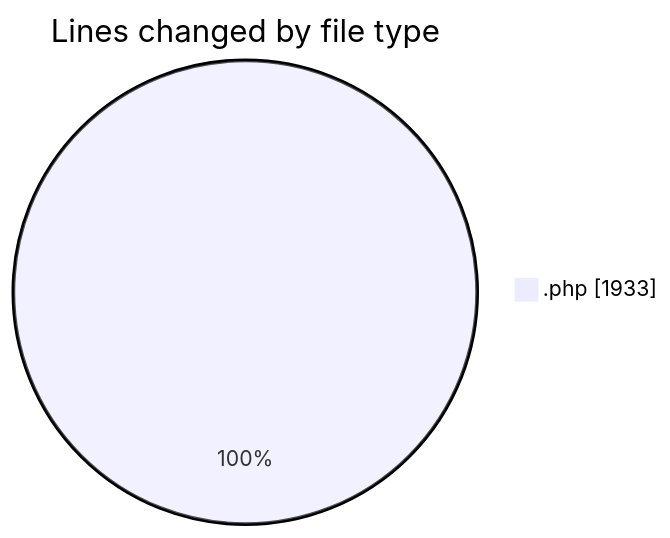
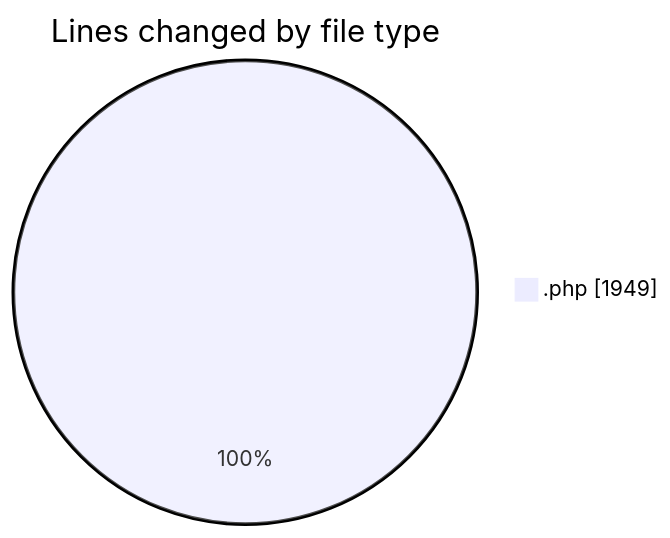
One commit to debugP/code-tracking changed the first of 2 diagrams in 2025-09-30/untitled__workspace_/README.md. Above: the diagram before and after it, drawn with Mermaid. The commit also changed other lines of this file and 1 other file, not shown here.

````diff
--- a/2025-09-30/untitled__workspace_/README.md
+++ b/2025-09-30/untitled__workspace_/README.md
@@ -22,5 +22,5 @@
 ```mermaid
 pie showData
 title Lines changed by file type
-".php" : 1933
+".php" : 1949
 ```
````
